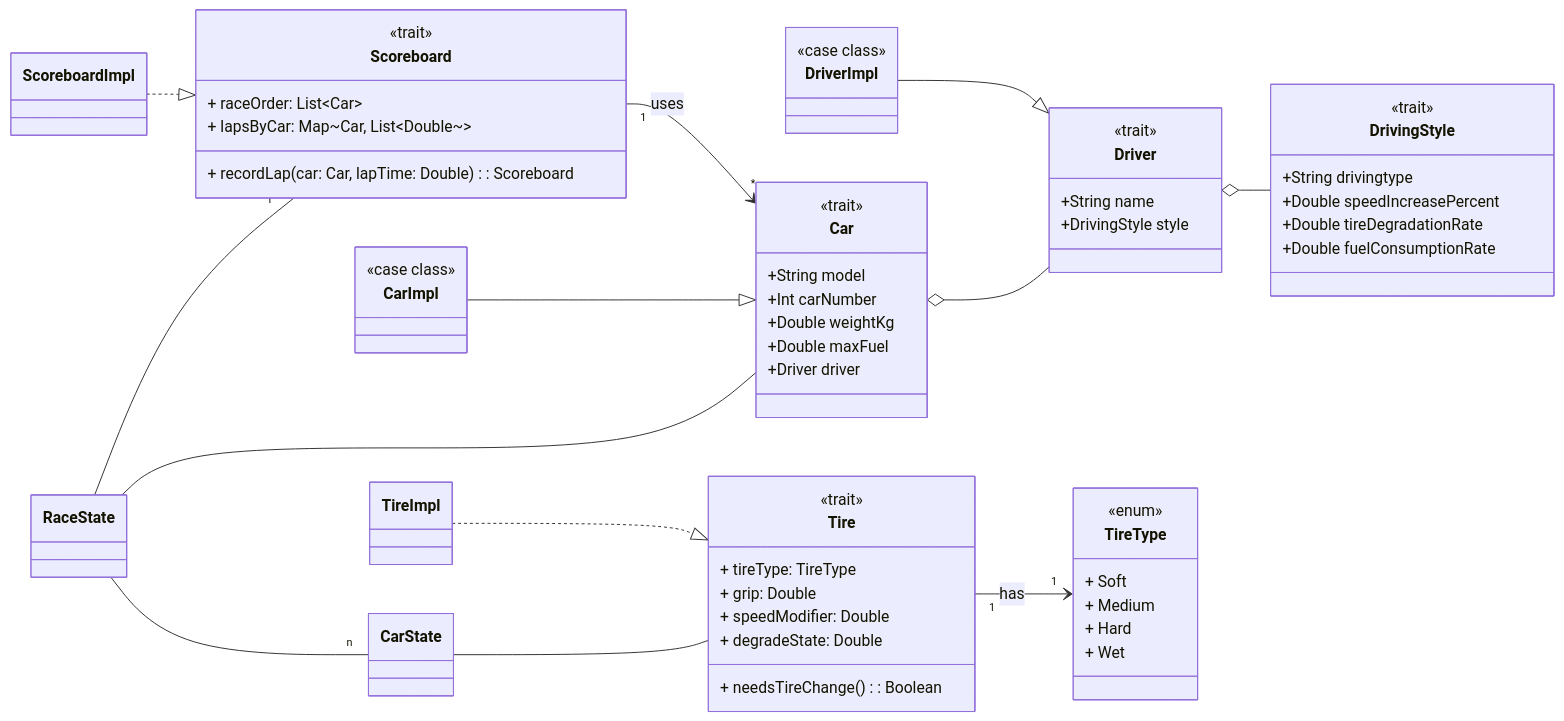
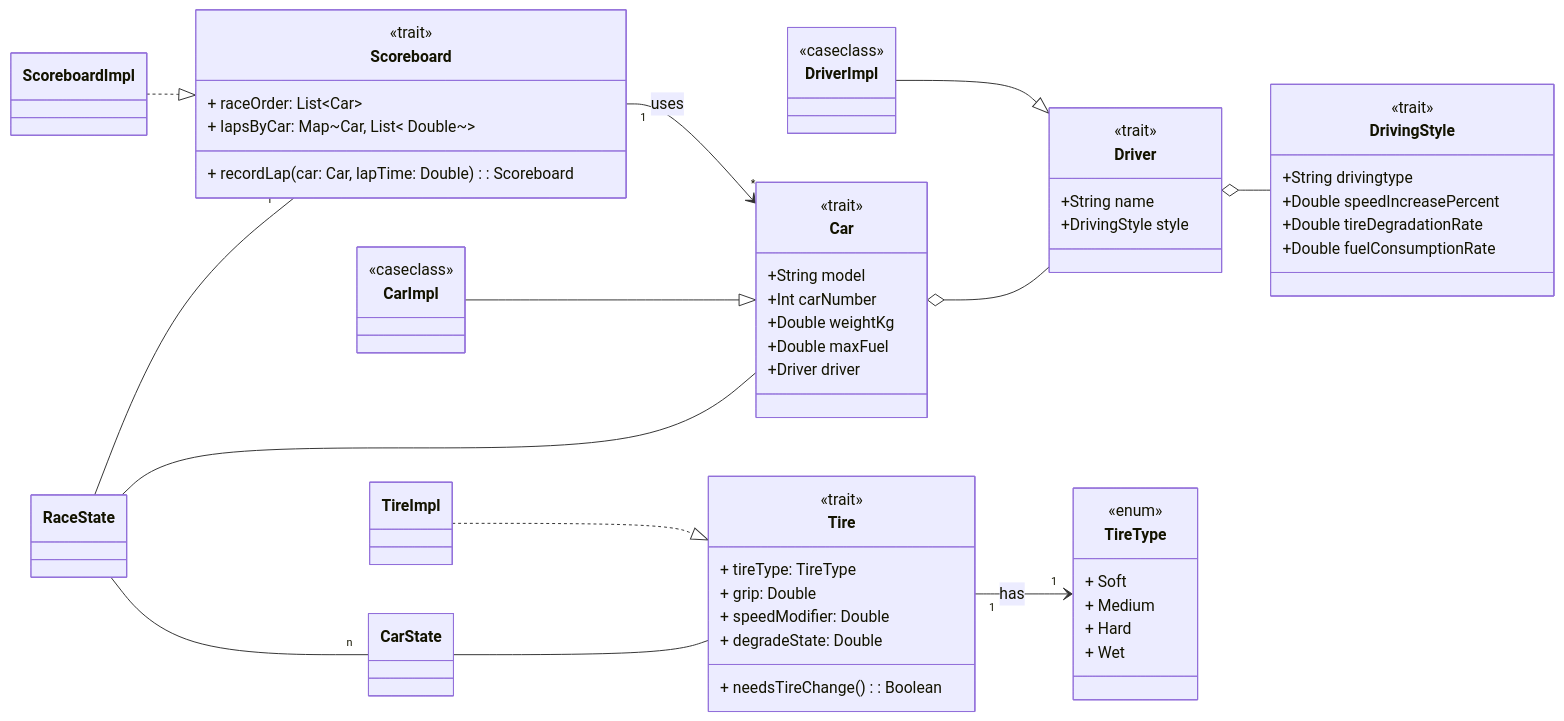
The diagram in docs/report/4_detailed_design/model/fraccalvieri/ines.md (ItsTiz/PPS-24-sgp), drawn with Mermaid before and after one commit. The commit also changed other lines of this file and 3 other files, not shown here.

````diff
--- a/docs/report/4_detailed_design/model/fraccalvieri/ines.md
+++ b/docs/report/4_detailed_design/model/fraccalvieri/ines.md
@@ -8,91 +9,91 @@
 ```mermaid
 
 classDiagram
-direction LR
-class Car {
-<<trait>>
-+String model
-+Int carNumber
-+Double weightKg
-+Double maxFuel
-+Driver driver
+    direction LR
+    class Car {
+        <<trait>>
+        +String model
+        +Int carNumber
+        +Double weightKg
+        +Double maxFuel
+        +Driver driver
+    }
+
+    class CarImpl {
+<<caseclass>>
 }
 
-    class CarImpl {
-        <<case class>>
-    }
+
+class Driver {
+<<trait>>
++String name
++DrivingStyle style
+}
 
 
-     class Driver {
-        <<trait>>
-        +String name
-        +DrivingStyle style
-    }
+class DriverImpl {
+<<caseclass>>
+}
+
+%% Trait DrivingStyle
+class DrivingStyle {
+<<trait>>
++String drivingtype
++Double speedIncreasePercent
++Double tireDegradationRate
++Double fuelConsumptionRate
+ }
+
+class RaceState { 
+ }
+
+class CarState { 
+ }
+
+class TireType {
+<<enum>>
++ Soft
++ Medium
++ Hard
++ Wet
+}
+
+class Tire {
+<<trait>>
++ tireType: TireType
++ grip: Double
++ speedModifier: Double
++ degradeState: Double
++ needsTireChange(): Boolean
+}
+
+class TireImpl { 
+       
+ }
+
+class Scoreboard {
+<<trait>>
++ raceOrder: List~Car~
++ lapsByCar: Map~Car, List~ Double~~
++ recordLap(car: Car, lapTime: Double): Scoreboard
+}
+
+class ScoreboardImpl { 
+       
+ }
 
 
-    class DriverImpl {
-        <<case class>>
-    }
-
-    %% Trait DrivingStyle
-    class DrivingStyle {
-        <<trait>>
-        +String drivingtype
-        +Double speedIncreasePercent
-        +Double tireDegradationRate
-        +Double fuelConsumptionRate
-    }
-
-    class RaceState {
-    }
-
-     class CarState {
-    }
-
-    class TireType {
-        <<enum>>
-        + Soft
-        + Medium
-        + Hard
-        + Wet
-    }
-
-    class Tire {
-        <<trait>>
-        + tireType: TireType
-        + grip: Double
-        + speedModifier: Double
-        + degradeState: Double
-        + needsTireChange(): Boolean
-    }
-
-    class TireImpl {
-       
-    }
-
-    class Scoreboard {
-        <<trait>>
-        + raceOrder: List~Car~
-        + lapsByCar: Map~Car, List~Double~~
-        + recordLap(car: Car, lapTime: Double): Scoreboard
-    }
-
-    class ScoreboardImpl {
-       
-    }
-
-   
-    %% ===== Relationships =====
-    RaceState-- "1" Scoreboard 
-    RaceState -- Car
-    CarState-- Tire 
-    RaceState -- "n" CarState 
-    CarImpl --|> Car
-    Car o-- Driver
-    DriverImpl --|> Driver
-    Driver o-- DrivingStyle
-    TireImpl ..|> Tire
-    Tire "1" --> "1" TireType : has
-    ScoreboardImpl ..|> Scoreboard
-    Scoreboard "1" --> "*" Car : uses
+%% ===== Relationships =====
+RaceState-- "1" Scoreboard
+RaceState -- Car
+CarState-- Tire
+RaceState -- "n" CarState
+CarImpl --|> Car
+Car o-- Driver
+DriverImpl --|> Driver
+Driver o-- DrivingStyle
+TireImpl ..|> Tire
+Tire "1" --> "1" TireType: has
+ScoreboardImpl ..|> Scoreboard
+Scoreboard "1" --> "*" Car: uses
 ```
````
